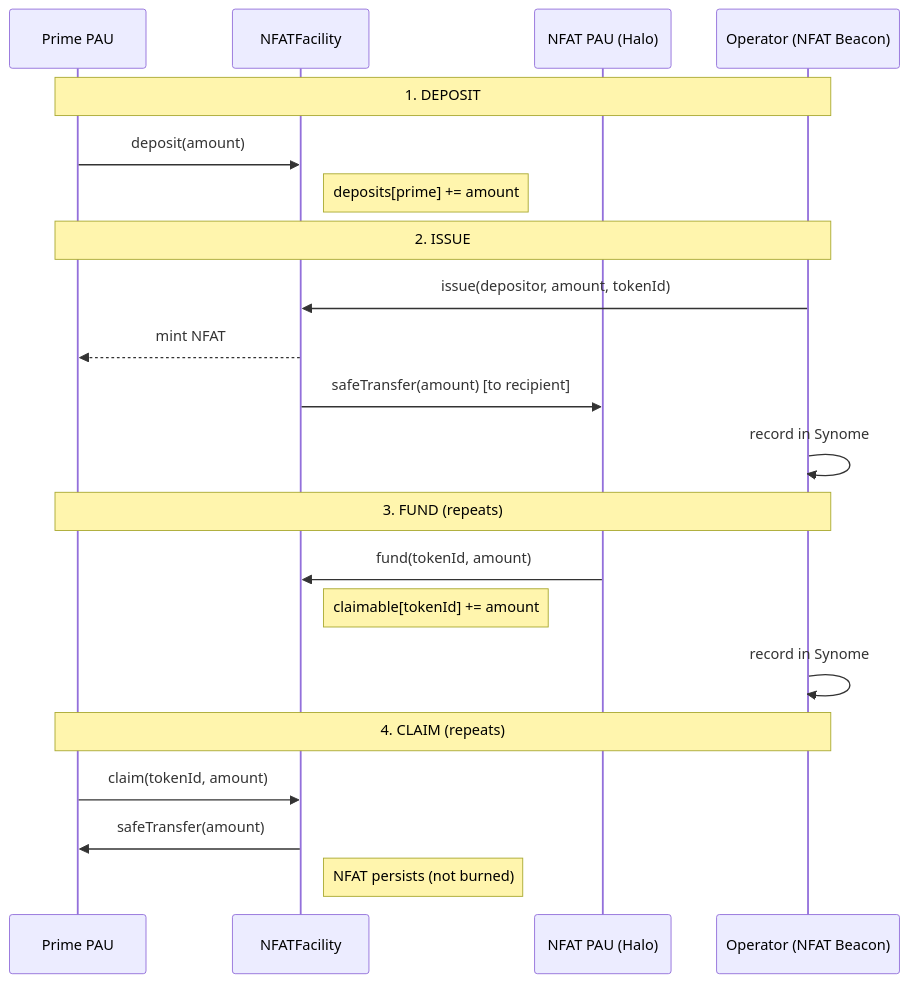
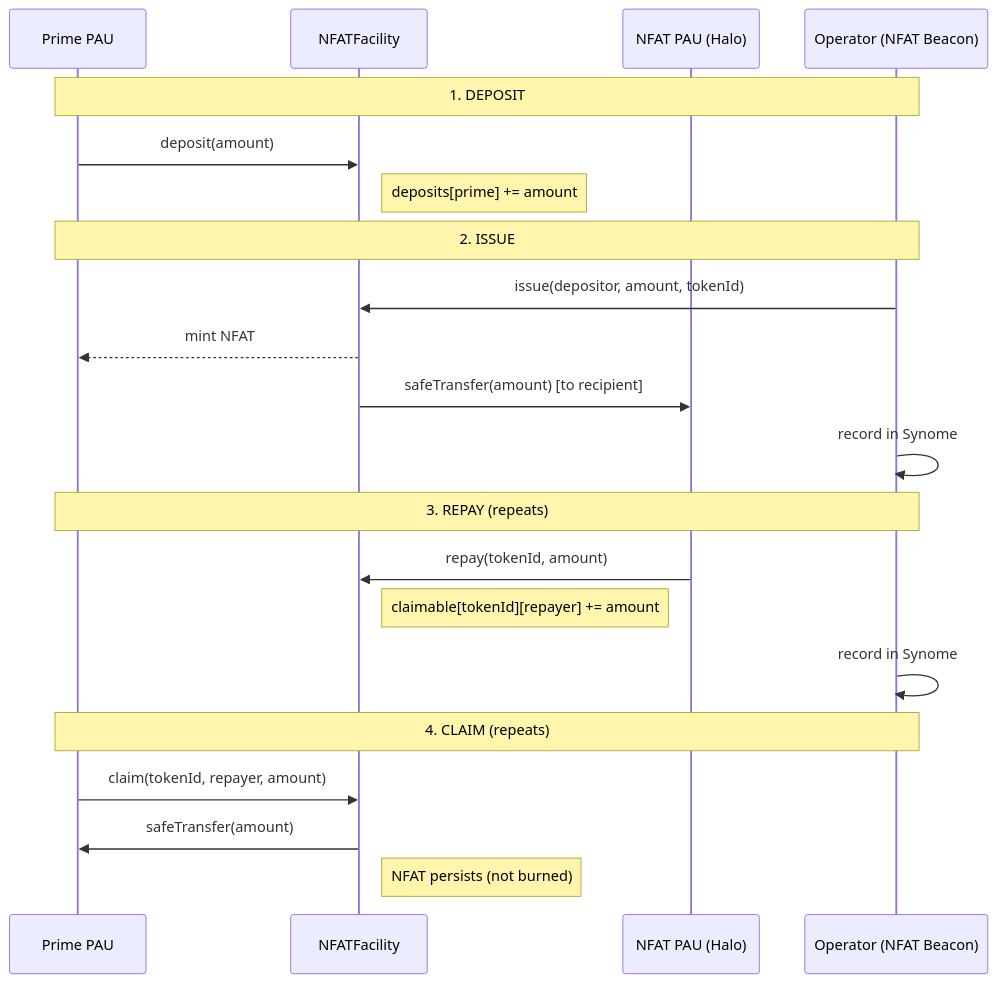
One commit to archon-research/nfat changed the third of 3 diagrams in README.md. Above: the diagram before and after it, drawn with Mermaid. The commit also changed other lines of this file and 2 other files, not shown here.

````diff
--- a/README.md
+++ b/README.md
@@ -49,27 +50,27 @@
 ```mermaid
 sequenceDiagram
     participant Prime as Prime PAU
     participant Facility as NFATFacility
     participant NFATPAU as NFAT PAU (Halo)
     participant Beacon as Operator (NFAT Beacon)
 
     Note over Prime,Beacon: 1. DEPOSIT
     Prime->>Facility: deposit(amount)
     Note right of Facility: deposits[prime] += amount
 
     Note over Prime,Beacon: 2. ISSUE
     Beacon->>Facility: issue(depositor, amount, tokenId)
     Facility-->>Prime: mint NFAT
     Facility->>NFATPAU: safeTransfer(amount) [to recipient]
     Beacon->>Beacon: record in Synome
 
-    Note over Prime,Beacon: 3. FUND (repeats)
-    NFATPAU->>Facility: fund(tokenId, amount)
-    Note right of Facility: claimable[tokenId] += amount
+    Note over Prime,Beacon: 3. REPAY (repeats)
+    NFATPAU->>Facility: repay(tokenId, amount)
+    Note right of Facility: claimable[tokenId][repayer] += amount
     Beacon->>Beacon: record in Synome
 
     Note over Prime,Beacon: 4. CLAIM (repeats)
-    Prime->>Facility: claim(tokenId, amount)
+    Prime->>Facility: claim(tokenId, repayer, amount)
     Facility->>Prime: safeTransfer(amount)
     Note right of Facility: NFAT persists (not burned)
 ```
````
